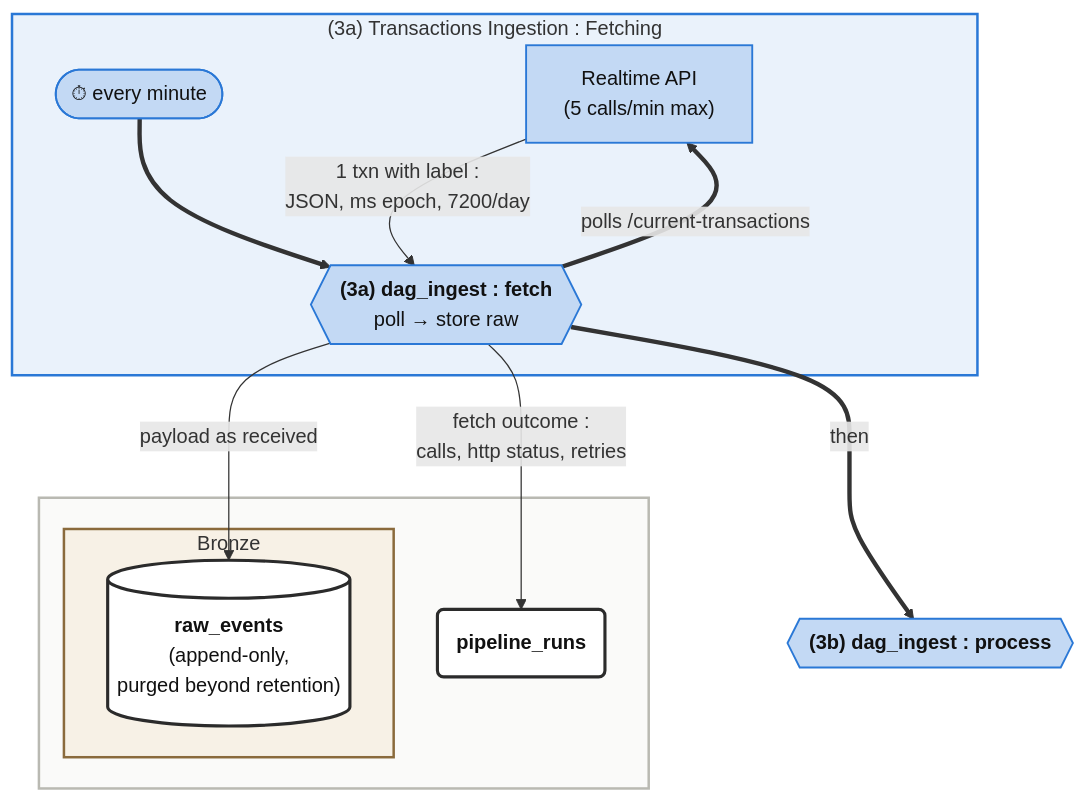
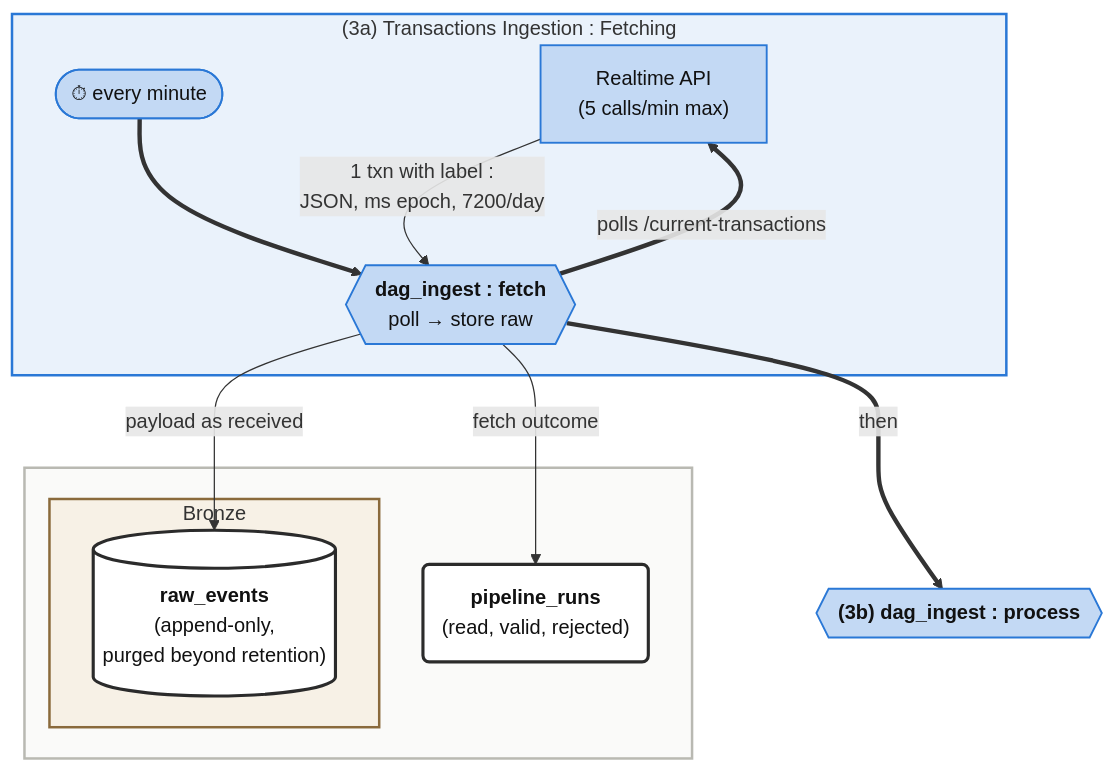
Before and after one commit to nicolaspichon-git/jedha-data-scientist-lead-bloc3--fraud-detection-project: the diagram in sources/diagrams/fraud-project--data-infrastructure--diagram-3-1.md, drawn with Mermaid. The commit also changed other lines of this file and 27 other files, not shown here.

````diff
--- a/sources/diagrams/fraud-project--data-infrastructure--diagram-3-1.md
+++ b/sources/diagrams/fraud-project--data-infrastructure--diagram-3-1.md
@@ -8,46 +8,46 @@
 ```mermaid
 flowchart TD
 	subgraph G1_FCH["(3a) Transactions Ingestion : Fetching"]
 		G1_API["Realtime API<br/>(5 calls/min max)"]
 		G1_T1(["⏱ every minute"])
-		G1_ING_FCH{{"<b>(3a) dag_ingest : fetch</b><br/>poll &rarr; store raw"}}
+		G1_ING_FCH{{"<b>dag_ingest : fetch</b><br/>poll &rarr; store raw"}}
 	end
 
 	subgraph DL[" "]
 		subgraph DL_BRONZE["Bronze"]
 			DL_RAW[("<b>raw_events</b><br/>(append-only,<br/>purged beyond retention)")]
 		end
-		DL_RUNS("<b>pipeline_runs</b>")
+		DL_RUNS("<b>pipeline_runs</b><br/>(read, valid, rejected)")
 	end
 	
-	G1_ING_PRC{{"<b>(3b) dag_ingest : process</b>"}}
+	ING_PRC{{"<b>(3b) dag_ingest : process</b>"}}
 	
     %% ---
     
-    G1_FCH ~~~ G1_ING_PRC
+    G1_FCH ~~~ ING_PRC
     
     %% ---------- Control flow ----------
     G1_T1 ==> G1_ING_FCH
     G1_ING_FCH ==>|"polls /current-transactions"| G1_API
-	G1_ING_FCH ==>|"then"| G1_ING_PRC
+	G1_ING_FCH ==>|"then"| ING_PRC
 	
     %% ---------- Data flow ----------
     G1_API  -->|"1 txn with label :<br/>JSON, ms epoch, 7200/day"| G1_ING_FCH
     G1_ING_FCH -->|"payload as received"| DL_RAW
-    G1_ING_FCH -->|"fetch outcome :<br/>calls, http status, retries"| DL_RUNS
+    G1_ING_FCH -->|"fetch outcome"| DL_RUNS
     
     %% ---------- Group colours (pale wash) ----------
     style DL   fill:#fafaf9,stroke:#b9b9b2,stroke-width:2px
     style DL_BRONZE  fill:#f7f1e6,stroke:#8a6a3c,stroke-width:2px
     style G1_FCH fill:#eaf2fb,stroke:#2a78d6,stroke-width:2px
 
     %% ---------- Nodes : same hue, more intense ----------
     classDef nG1  fill:#c3d9f4,stroke:#2a78d6,stroke-width:1.5px,color:#111111
-    class G1_T1,G1_API,G1_ING_FCH,G1_ING_PRC nG1
+    class G1_T1,G1_API,G1_ING_FCH,ING_PRC nG1
 
     %% ---------- Shared stores : white, overriding the group colour ----------
     %% written and/or read by more than one pipeline
     classDef shared fill:#ffffff,stroke:#2b2b2b,stroke-width:2.5px,color:#111111
     class DL_RAW,DL_RUNS shared
 
 ```
````
